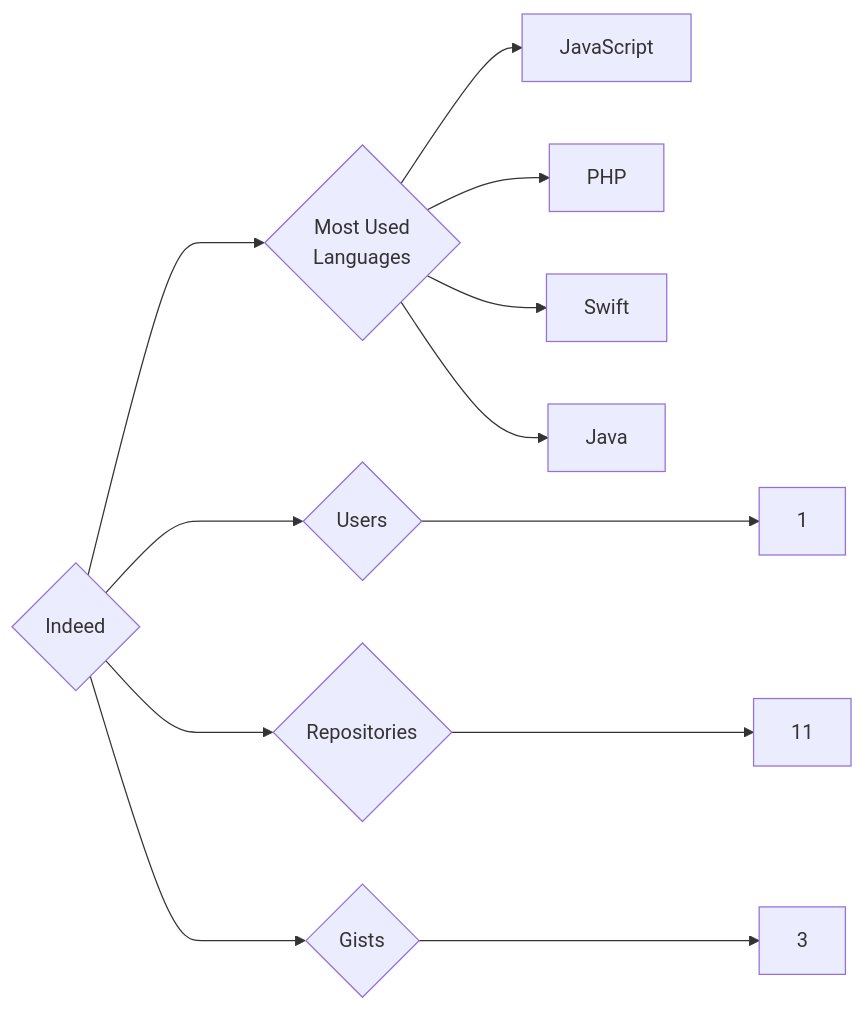
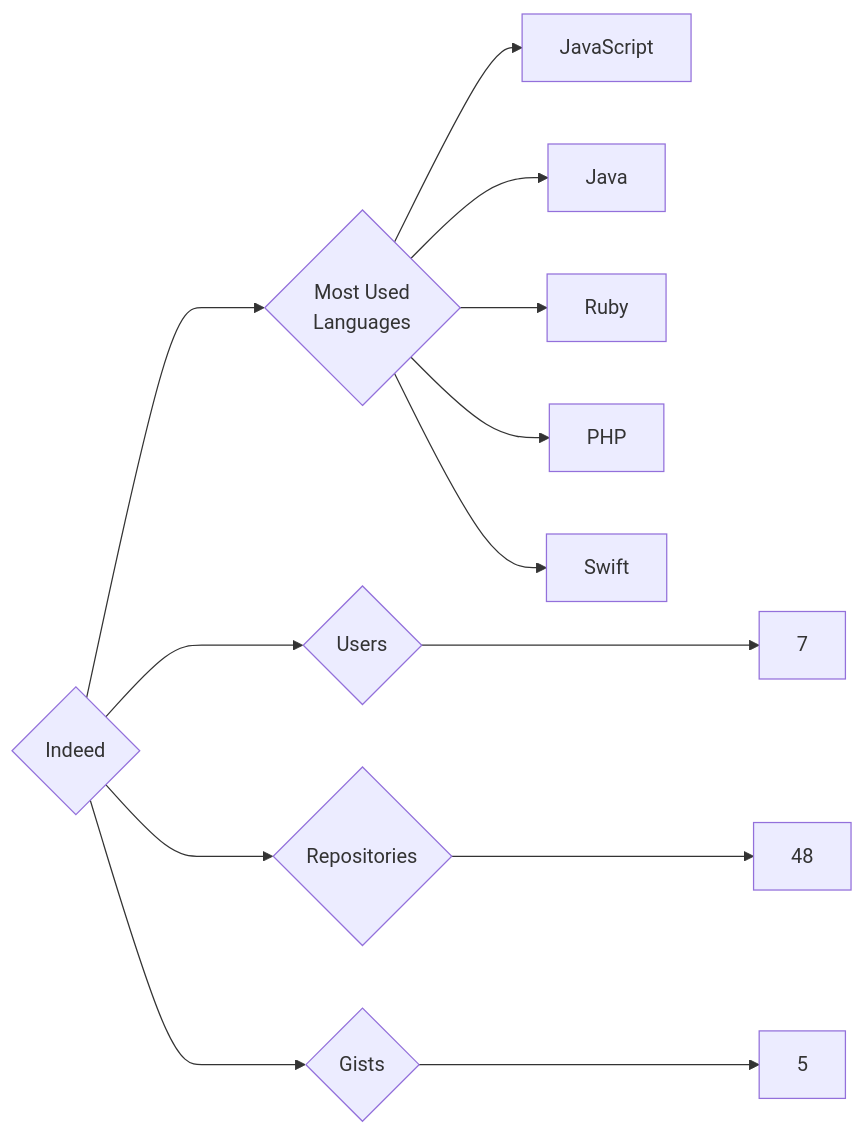
Before and after one commit to trickest/insiders: the diagram in targets/Indeed/README.md, drawn with Mermaid. The commit also changed 1120 other files, not shown here.

````diff
--- a/targets/Indeed/README.md
+++ b/targets/Indeed/README.md
@@ -3,12 +3,13 @@
 ```mermaid
 graph LR
 COMPANY_NAME{Indeed}
-COMPANY_NAME ---> U{Users} ---> UN[1]
-COMPANY_NAME ---> R{Repositories} ---> RN[11]
-COMPANY_NAME ---> G{Gists} ---> GN[3]
+COMPANY_NAME ---> U{Users} ---> UN[7]
+COMPANY_NAME ---> R{Repositories} ---> RN[48]
+COMPANY_NAME ---> G{Gists} ---> GN[5]
 COMPANY_NAME ---> ML{Most Used<br>Languages}
 ML --> JavaScript[JavaScript]
+ML --> Java[Java]
+ML --> Ruby[Ruby]
 ML --> PHP[PHP]
 ML --> Swift[Swift]
-ML --> Java[Java]
 ```
````
